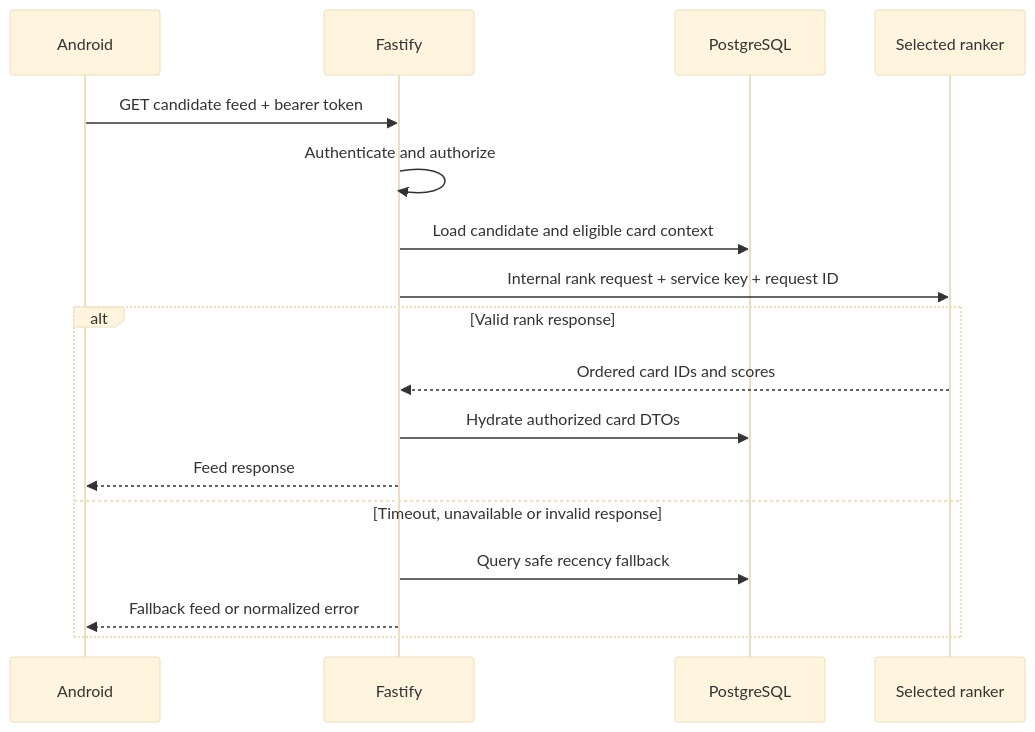
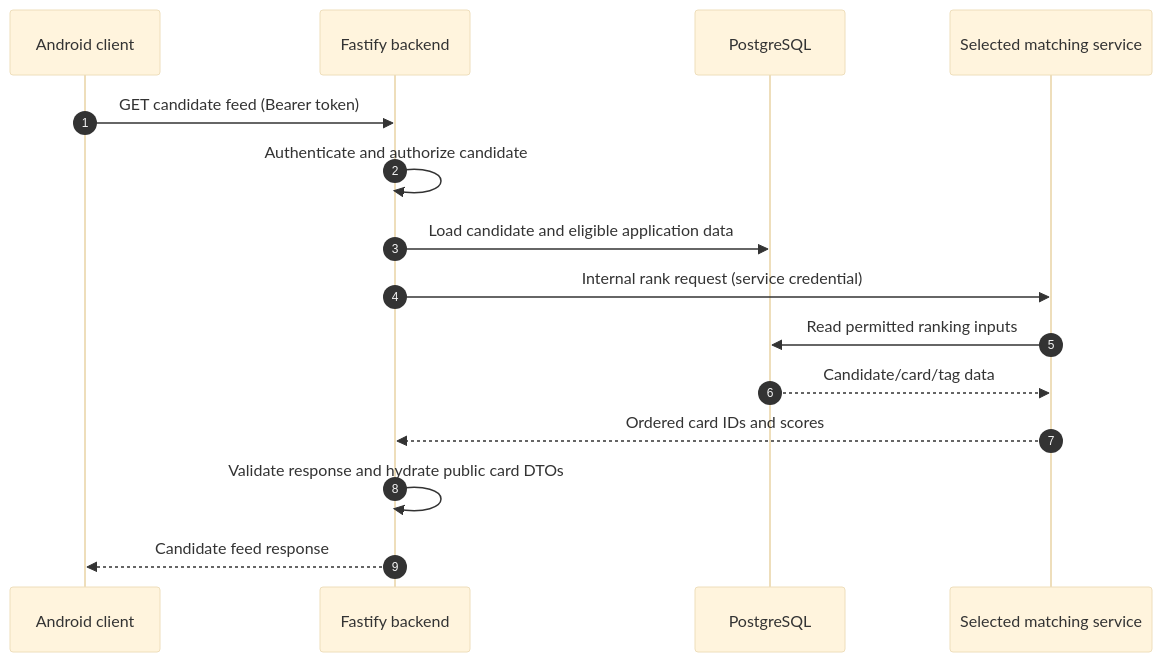
The second of 5 diagrams in docs/design/New SAD v1.0.md (bhsei/26A), drawn with Mermaid (base theme) before and after one commit. The commit also changed other lines of this file, not shown here.

First line of the commit message:
W10 - SAD design v1.6; add AdoptAJob Software Architecture Document

````diff
--- a/docs/design/New SAD v1.0.md
+++ b/docs/design/New SAD v1.0.md
@@ -605,19 +375,18 @@
-``` mermaid
+```mermaid
 sequenceDiagram
-  participant A as Android
-  participant F as Fastify
-  participant D as PostgreSQL
-  participant R as Selected ranker
-  A->>F: GET candidate feed + bearer token
-  F->>F: Authenticate and authorize
-  F->>D: Load candidate and eligible card context
-  F->>R: Internal rank request + service key + request ID
-  alt Valid rank response
-    R-->>F: Ordered card IDs and scores
-    F->>D: Hydrate authorized card DTOs
-    F-->>A: Feed response
-  else Timeout, unavailable or invalid response
-    F->>D: Query safe recency fallback
-    F-->>A: Fallback feed or normalized error
-  end
+  autonumber
+  participant C as Android client
+  participant B as Fastify backend
+  participant P as PostgreSQL
+  participant M as Selected matching service
+
+  C->>B: GET candidate feed (Bearer token)
+  B->>B: Authenticate and authorize candidate
+  B->>P: Load candidate and eligible application data
+  B->>M: Internal rank request (service credential)
+  M->>P: Read permitted ranking inputs
+  P-->>M: Candidate/card/tag data
+  M-->>B: Ordered card IDs and scores
+  B->>B: Validate response and hydrate public card DTOs
+  B-->>C: Candidate feed response
 ```
````
